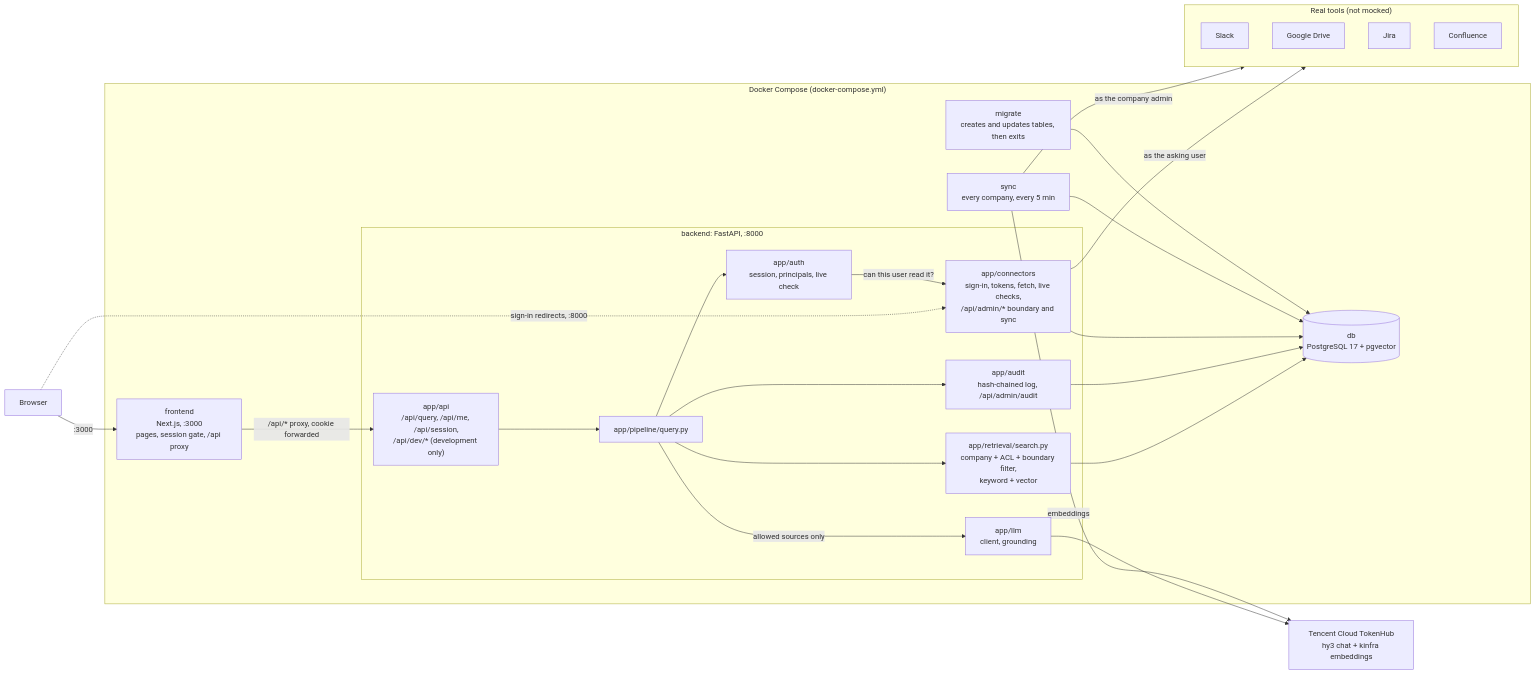
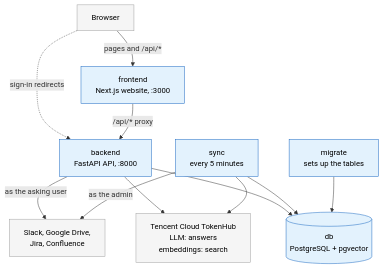
Before and after one commit to gabriel-wan/tencent-hackathon-fintech: the second of 6 diagrams in docs/ARCHITECTURE.md, drawn with Mermaid. The commit also changed other lines of this file and 1 other file, not shown here.

Commit message:
docs: redraw the diagrams so arrows join boxes instead of crossing them
On GitHub, arrows into grouped boxes ran straight through the group's
title, and the trust boundary looped a long arrow back to the top. Fixes:
- trust boundary: no group boxes; the gates are orange and the LLM's side
  green, it reads top to bottom, and the audit record sits just before
  the reply (as in the code, which commits it first);
- the parts: only the five containers and the outside services, with the
  backend's modules listed in a table instead of drawn inside it;
- sync: top to bottom instead of seven boxes in one row;
- the frontend page map: one box for both admin pages, one-way arrows,
  and short labels so none overlap;
- the flowcharts allow wider lines, so labels don't wrap mid-phrase.

Every diagram was rendered with Mermaid 11 and checked by eye.

````diff
--- a/docs/ARCHITECTURE.md
+++ b/docs/ARCHITECTURE.md
@@ -82,47 +80,28 @@
 ```mermaid
-flowchart LR
-    USER["Browser"]
-    TH["Tencent Cloud TokenHub<br/>hy3 chat + kinfra embeddings"]
+%%{init: {"flowchart": {"wrappingWidth": 360}}}%%
+flowchart TB
+    B["Browser"]
+    FE["frontend<br/>Next.js website, :3000"]
+    BE["backend<br/>FastAPI API, :8000"]
+    SY["sync<br/>every 5 minutes"]
+    MI["migrate<br/>sets up the tables"]
+    DB[("db<br/>PostgreSQL + pgvector")]
+    TH["Tencent Cloud TokenHub<br/>LLM: answers<br/>embeddings: search"]
+    TO["Slack, Google Drive,<br/>Jira, Confluence"]
 
-    subgraph COMPOSE["Docker Compose (docker-compose.yml)"]
-        FE["frontend<br/>Next.js, :3000<br/>pages, session gate, /api proxy"]
-        subgraph BE["backend: FastAPI, :8000"]
-            API["app/api<br/>/api/query, /api/me, /api/session,<br/>/api/dev/* (development only)"]
-            PIPE["app/pipeline/query.py"]
-            AUTH["app/auth<br/>session, principals, live check"]
-            SEARCH["app/retrieval/search.py<br/>company + ACL + boundary filter,<br/>keyword + vector"]
-            LLMC["app/llm<br/>client, grounding"]
-            AUD["app/audit<br/>hash-chained log, /api/admin/audit"]
-            CONN["app/connectors<br/>sign-in, tokens, fetch, live checks,<br/>/api/admin/* boundary and sync"]
-        end
-        SYNC["sync<br/>every company, every 5 min"]
-        MIG["migrate<br/>creates and updates tables, then exits"]
-        DB[("db<br/>PostgreSQL 17 + pgvector")]
-    end
+    B -->|"pages and /api/*"| FE
+    B -.->|"sign-in redirects"| BE
+    FE -->|"/api/* proxy"| BE
+    BE -->|"as the asking user"| TO
+    SY -->|"as the admin"| TO
+    BE --> TH
+    SY --> TH
+    BE --> DB
+    SY --> DB
+    MI --> DB
 
-    subgraph SRC["Real tools (not mocked)"]
-        SL["Slack"]
-        GD["Google Drive"]
-        JI["Jira"]
-        CF["Confluence"]
-    end
-
-    USER -->|":3000"| FE
-    USER -.->|"sign-in redirects, :8000"| CONN
-    FE -->|"/api/* proxy, cookie forwarded"| API
-    API --> PIPE
-    PIPE --> AUTH
-    PIPE --> SEARCH
-    PIPE -->|"allowed sources only"| LLMC
-    PIPE --> AUD
-    AUTH -->|"can this user read it?"| CONN
-    CONN -->|"as the asking user"| SRC
-    SYNC -->|"as the company admin"| SRC
-    SEARCH --> DB
-    AUD --> DB
-    CONN --> DB
-    SYNC --> DB
-    MIG --> DB
-    LLMC --> TH
-    SYNC -->|"embeddings"| TH
+    classDef ours fill:#e3f2fd,stroke:#1565c0,color:#000
+    classDef outside fill:#f5f5f5,stroke:#9e9e9e,color:#000
+    class FE,BE,SY,MI,DB ours
+    class B,TH,TO outside
 ```
````
